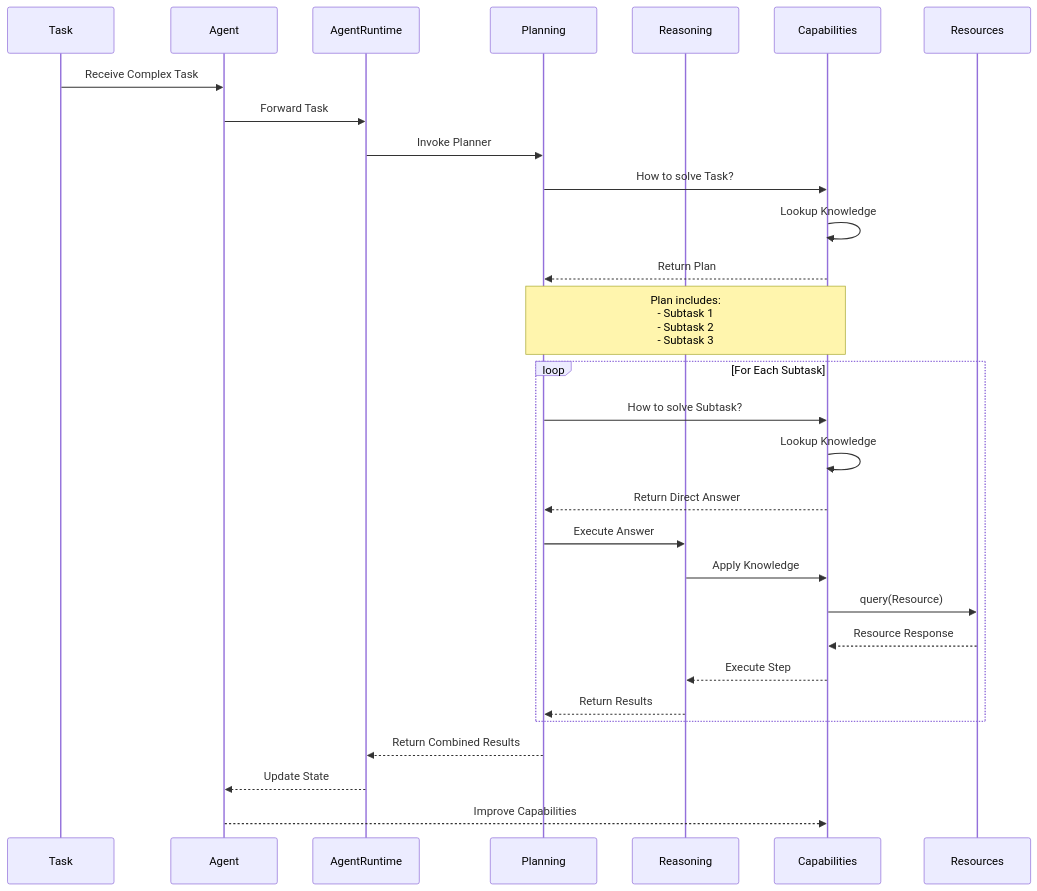
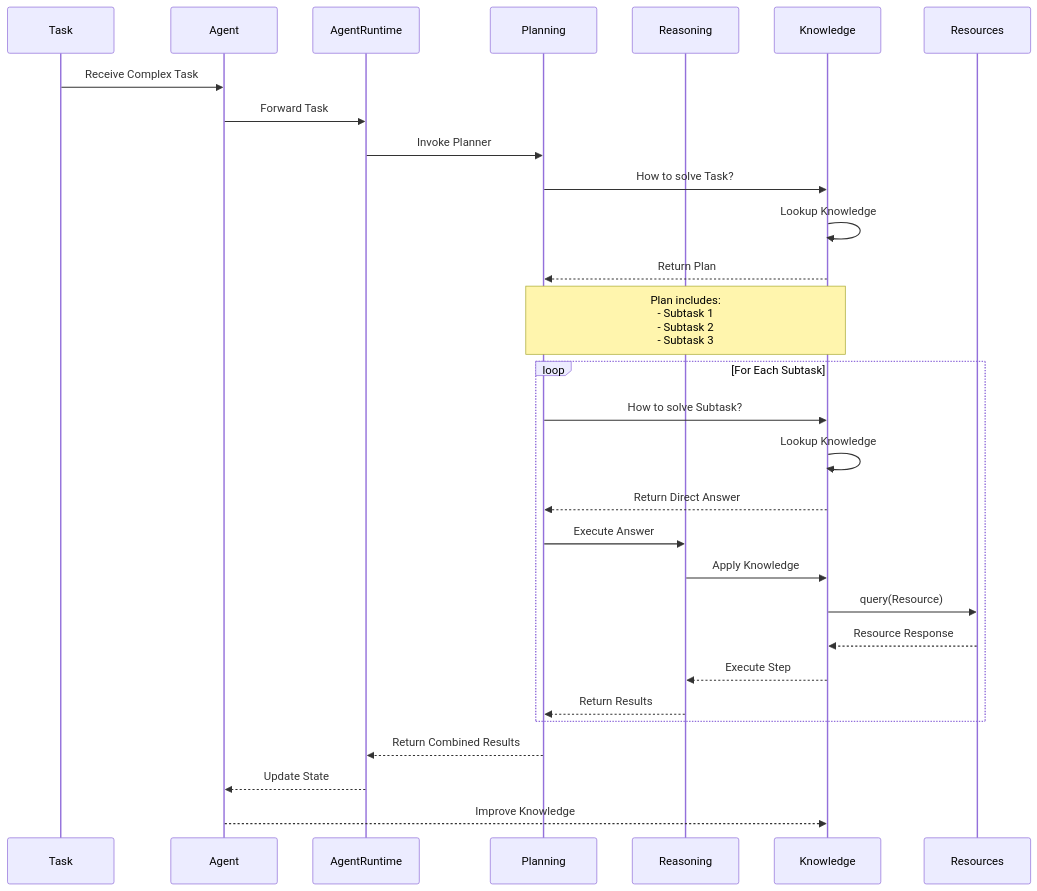
One commit to aitomatic/dana changed the fifth of 9 diagrams in opendxa/README.md. Above: the diagram before and after it, drawn with Mermaid. The commit also changed other lines of this file and 26 other files, not shown here.

First line of the commit message:
Refactor OpenDXA architecture and enhance documentation

````diff
--- a/opendxa/README.md
+++ b/opendxa/README.md
@@ -115,32 +250,32 @@
 ```mermaid
 sequenceDiagram
     participant T as Task
     participant A as Agent
     participant AR as AgentRuntime
     participant P as Planning
     participant R as Reasoning
-    participant C as Capabilities
+    participant K as Knowledge
     participant Res as Resources
 
     T->>A: Receive Complex Task
     A->>AR: Forward Task
     AR->>P: Invoke Planner
-    P->>C: How to solve Task?
-    C->>C: Lookup Knowledge
-    C-->>P: Return Plan
-    Note over C,P: Plan includes:<br/>- Subtask 1<br/>- Subtask 2<br/>- Subtask 3
+    P->>K: How to solve Task?
+    K->>K: Lookup Knowledge
+    K-->>P: Return Plan
+    Note over K,P: Plan includes:<br/>- Subtask 1<br/>- Subtask 2<br/>- Subtask 3
     loop For Each Subtask
-        P->>C: How to solve Subtask?
-        C->>C: Lookup Knowledge
-        C-->>P: Return Direct Answer
+        P->>K: How to solve Subtask?
+        K->>K: Lookup Knowledge
+        K-->>P: Return Direct Answer
         P->>R: Execute Answer
-        R->>C: Apply Knowledge
-        C->>Res: query(Resource)
-        Res-->>C: Resource Response
-        C-->>R: Execute Step
+        R->>K: Apply Knowledge
+        K->>Res: query(Resource)
+        Res-->>K: Resource Response
+        K-->>R: Execute Step
         R-->>P: Return Results
     end
     P-->>AR: Return Combined Results
     AR-->>A: Update State
-    A-->>C: Improve Capabilities
+    A-->>K: Improve Knowledge
 ```
````
